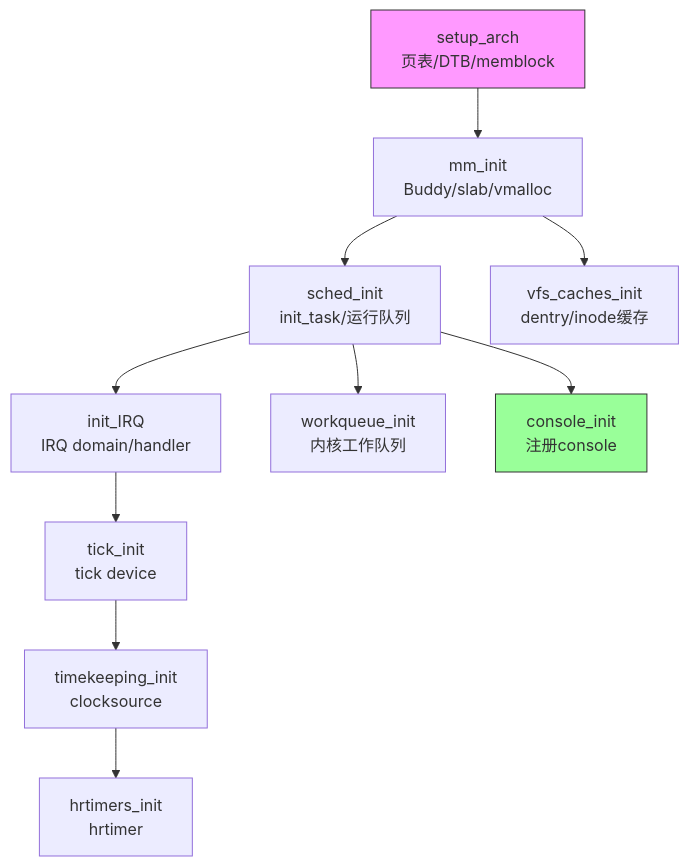
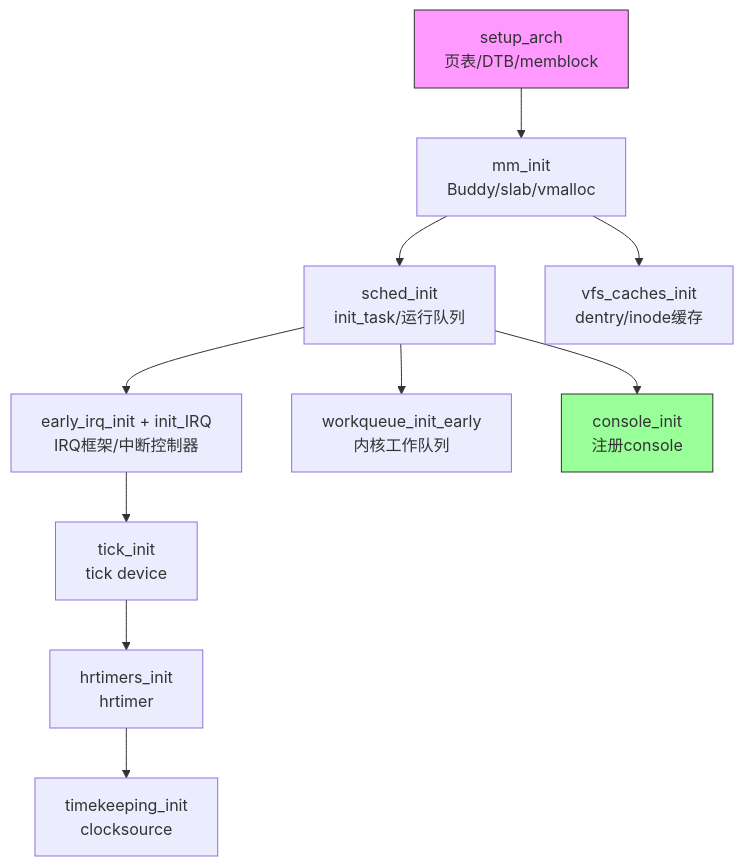
The diagram in docs/02-核心机制深度解析/第7章 启动链深度解析/7.5.2_start_kernel：C语言世界的入口.md (xiaohong0925/Embedded_Knowledge_System_V2026), drawn with Mermaid before and after one commit. The commit also changed other lines of this file and 49 other files, not shown here.

````diff
--- a/docs/02-核心机制深度解析/第7章 启动链深度解析/7.5.2_start_kernel：C语言世界的入口.md
+++ b/docs/02-核心机制深度解析/第7章 启动链深度解析/7.5.2_start_kernel：C语言世界的入口.md
@@ -110,15 +111,15 @@
 ```mermaid
 graph TD
     A[setup_arch<br/>页表/DTB/memblock] --> B[mm_init<br/>Buddy/slab/vmalloc]
     B --> C[sched_init<br/>init_task/运行队列]
-    C --> D[init_IRQ<br/>IRQ domain/handler]
-    C --> E[workqueue_init<br/>内核工作队列]
+    C --> D[early_irq_init + init_IRQ<br/>IRQ框架/中断控制器]
+    C --> E[workqueue_init_early<br/>内核工作队列]
     D --> F[tick_init<br/>tick device]
     B --> H[vfs_caches_init<br/>dentry/inode缓存]
-    F --> I[timekeeping_init<br/>clocksource]
-    I --> J[hrtimers_init<br/>hrtimer]
+    F --> J[hrtimers_init<br/>hrtimer]
+    J --> I[timekeeping_init<br/>clocksource]
     C --> K[console_init<br/>注册console]
 
     style A fill:#f9f,stroke:#333
     style K fill:#9f9,stroke:#333
 ```
````
